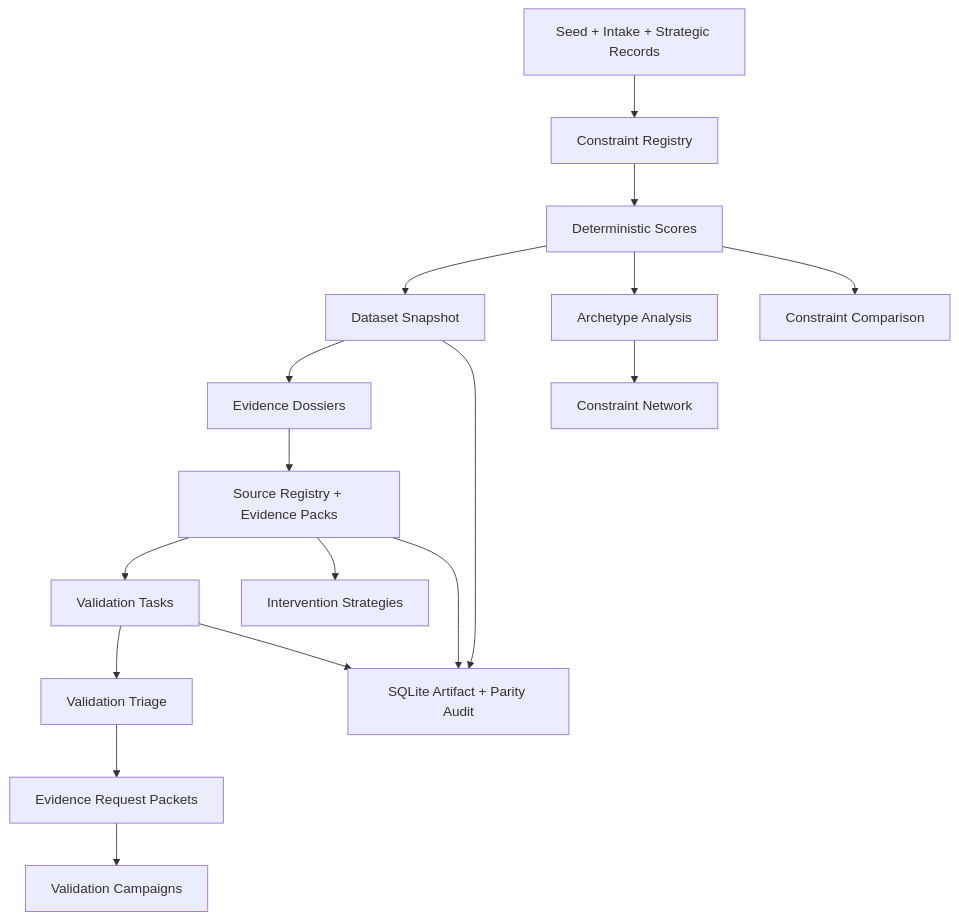
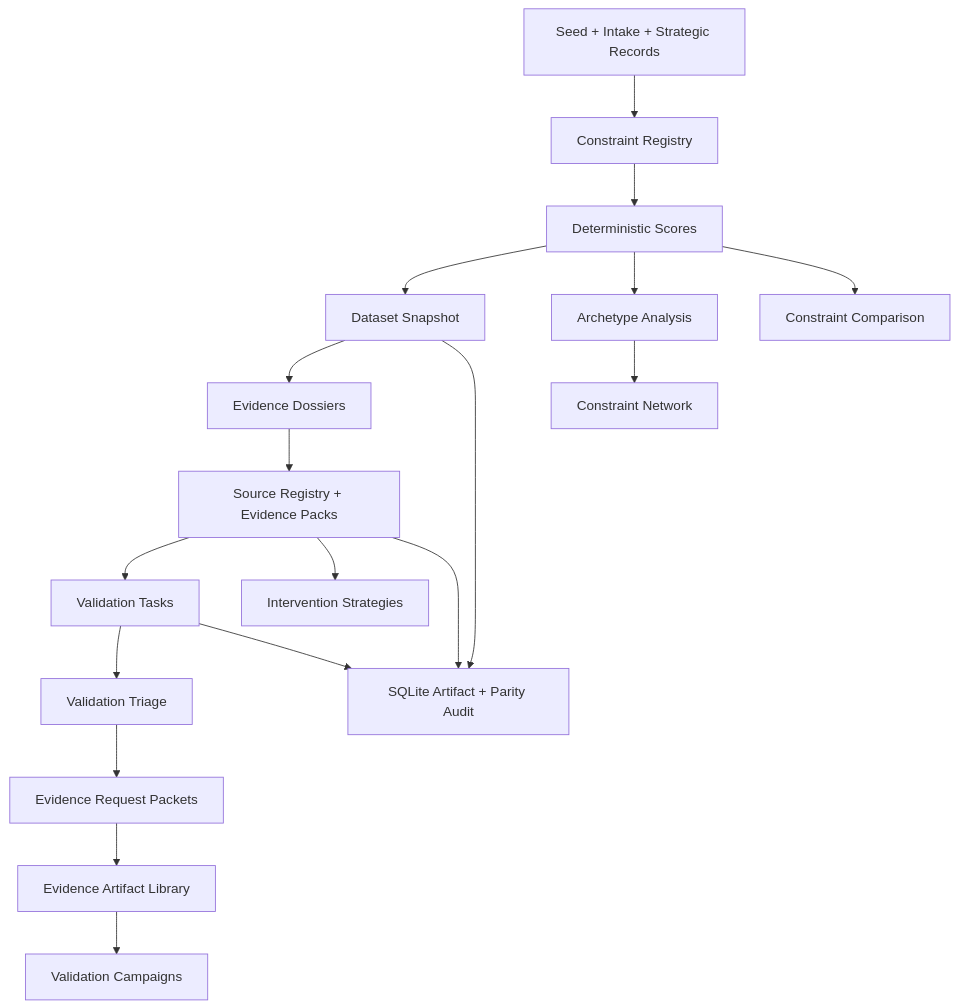
The first of 2 diagrams in README.md (EtherTabu/economic-x-ray-vision), drawn with Mermaid before and after one commit. The commit also changed other lines of this file and 15 other files, not shown here.

Commit message:
Add evidence artifact library

````diff
--- a/README.md
+++ b/README.md
@@ -113,19 +116,20 @@
 ```mermaid
 flowchart TD
   A["Seed + Intake + Strategic Records"] --> B["Constraint Registry"]
   B --> C["Deterministic Scores"]
   C --> D["Dataset Snapshot"]
   D --> E["Evidence Dossiers"]
   E --> F["Source Registry + Evidence Packs"]
   F --> G["Validation Tasks"]
   G --> H["Validation Triage"]
   H --> I["Evidence Request Packets"]
-  I --> J["Validation Campaigns"]
+  I --> P["Evidence Artifact Library"]
+  P --> J["Validation Campaigns"]
   F --> K["Intervention Strategies"]
   C --> L["Archetype Analysis"]
   L --> M["Constraint Network"]
   C --> N["Constraint Comparison"]
   D --> O["SQLite Artifact + Parity Audit"]
   F --> O
   G --> O
 ```
````
